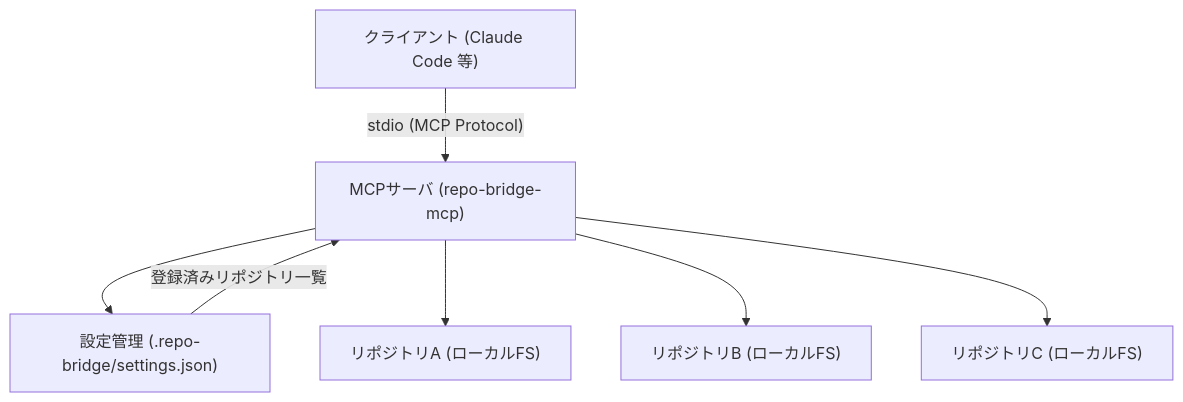
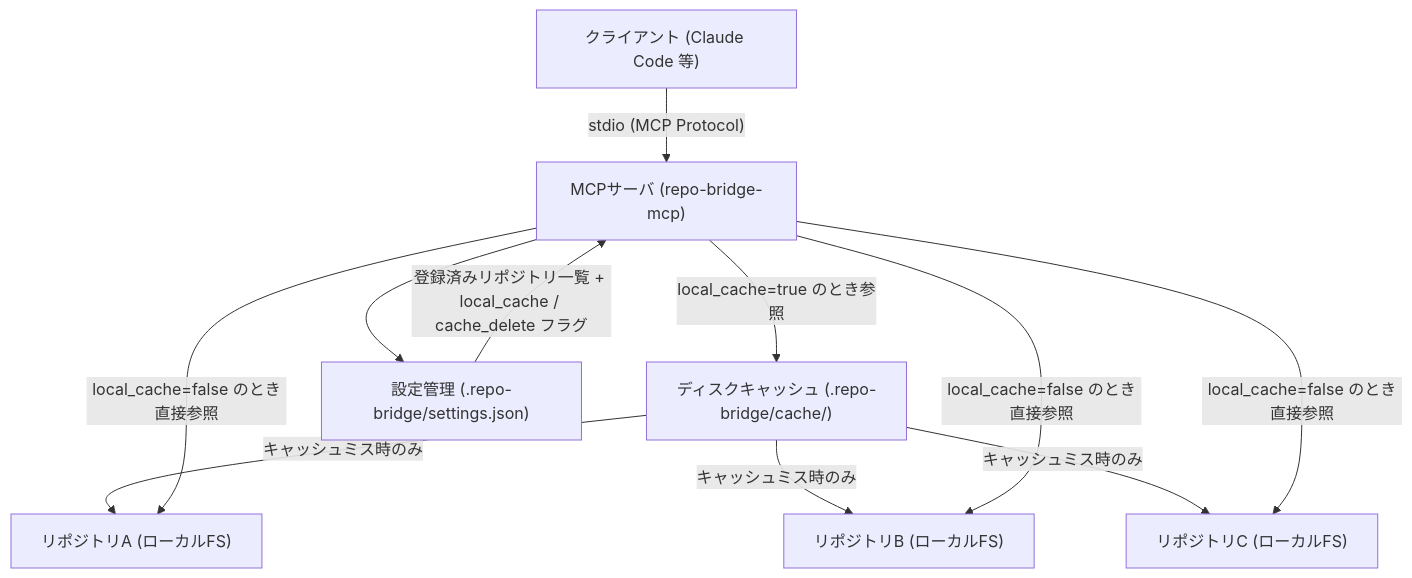
Before and after one commit to HatoriIchigo/repo-bridge-mcp: the first of 2 diagrams in docs/design.md, drawn with Mermaid. The commit also changed other lines of this file and 8 other files, not shown here.

````diff
--- a/docs/design.md
+++ b/docs/design.md
@@ -13,16 +13,21 @@
 ```mermaid
 graph TD
   Client["クライアント (Claude Code 等)"]
   MCP["MCPサーバ (repo-bridge-mcp)"]
+  Cache["ディスクキャッシュ (.repo-bridge/cache/)"]
   Config["設定管理 (.repo-bridge/settings.json)"]
   Repo1["リポジトリA (ローカルFS)"]
   Repo2["リポジトリB (ローカルFS)"]
   Repo3["リポジトリC (ローカルFS)"]
 
   Client -->|"stdio (MCP Protocol)"| MCP
   MCP --> Config
-  Config -->|"登録済みリポジトリ一覧"| MCP
-  MCP --> Repo1
-  MCP --> Repo2
-  MCP --> Repo3
+  Config -->|"登録済みリポジトリ一覧 + local_cache / cache_delete フラグ"| MCP
+  MCP -->|"local_cache=true のとき参照"| Cache
+  Cache -->|"キャッシュミス時のみ"| Repo1
+  Cache -->|"キャッシュミス時のみ"| Repo2
+  Cache -->|"キャッシュミス時のみ"| Repo3
+  MCP -->|"local_cache=false のとき直接参照"| Repo1
+  MCP -->|"local_cache=false のとき直接参照"| Repo2
+  MCP -->|"local_cache=false のとき直接参照"| Repo3
 ```
````
